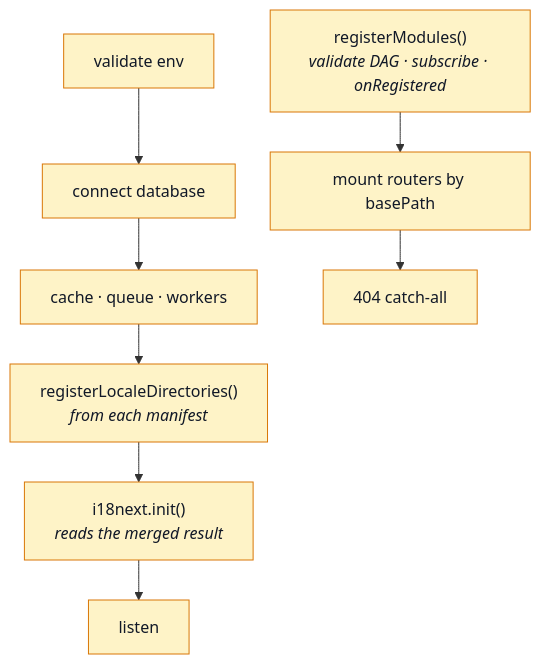
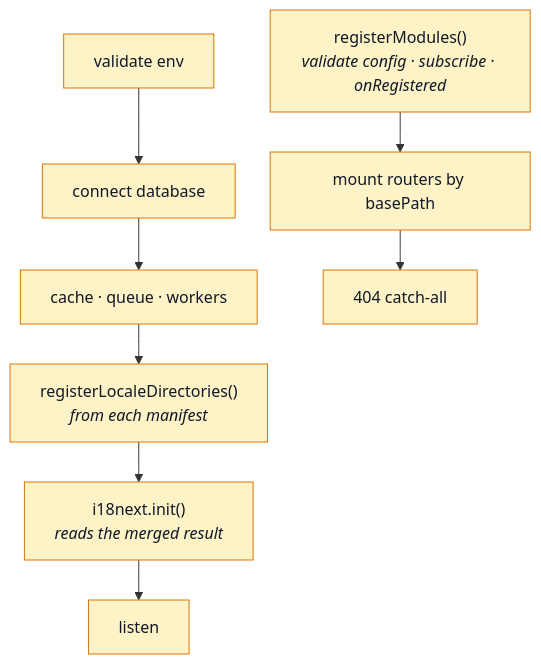
The seventh of 7 diagrams in docs/theory/modules.md (Guebbit/boilerplate-node-backend), drawn with Mermaid before and after one commit. The commit also changed other lines of this file and 1 other file, not shown here.

Commit message:
docs(theory): fix the DAG-check, module-count and cycle-rejection claims
registerModules never validated a dependency graph — that's always
been dependency-cruiser at lint time (check:dependencies), same fix
as the earlier src-app.md correction. "Nine modules" leave a rule in
the service without a domain/ folder; the repo has grown to 19
modules and 6 have one now, so it's thirteen.

````diff
--- a/docs/theory/modules.md
+++ b/docs/theory/modules.md
@@ -563,14 +563,14 @@
 ```mermaid
 %%{init: {'flowchart': {'nodeSpacing': 35, 'rankSpacing': 40}}}%%
 flowchart TD
     E["validate env"] --> DB["connect database"]
     DB --> CQ["cache · queue · workers"]
     CQ --> L["registerLocaleDirectories&lpar;&rpar;<br/><i>from each manifest</i>"]
     L --> I["i18next.init&lpar;&rpar;<br/><i>reads the merged result</i>"]
     I --> S["listen"]
-    RM["registerModules&lpar;&rpar;<br/><i>validate DAG · subscribe · onRegistered</i>"] --> MNT["mount routers by basePath"]
+    RM["registerModules&lpar;&rpar;<br/><i>validate config · subscribe · onRegistered</i>"] --> MNT["mount routers by basePath"]
     MNT --> H404["404 catch-all"]
 
     classDef boot fill:#fef3c7,stroke:#d97706,color:#111827;
     class E,DB,CQ,L,I,S,RM,MNT,H404 boot;
 ```
````
